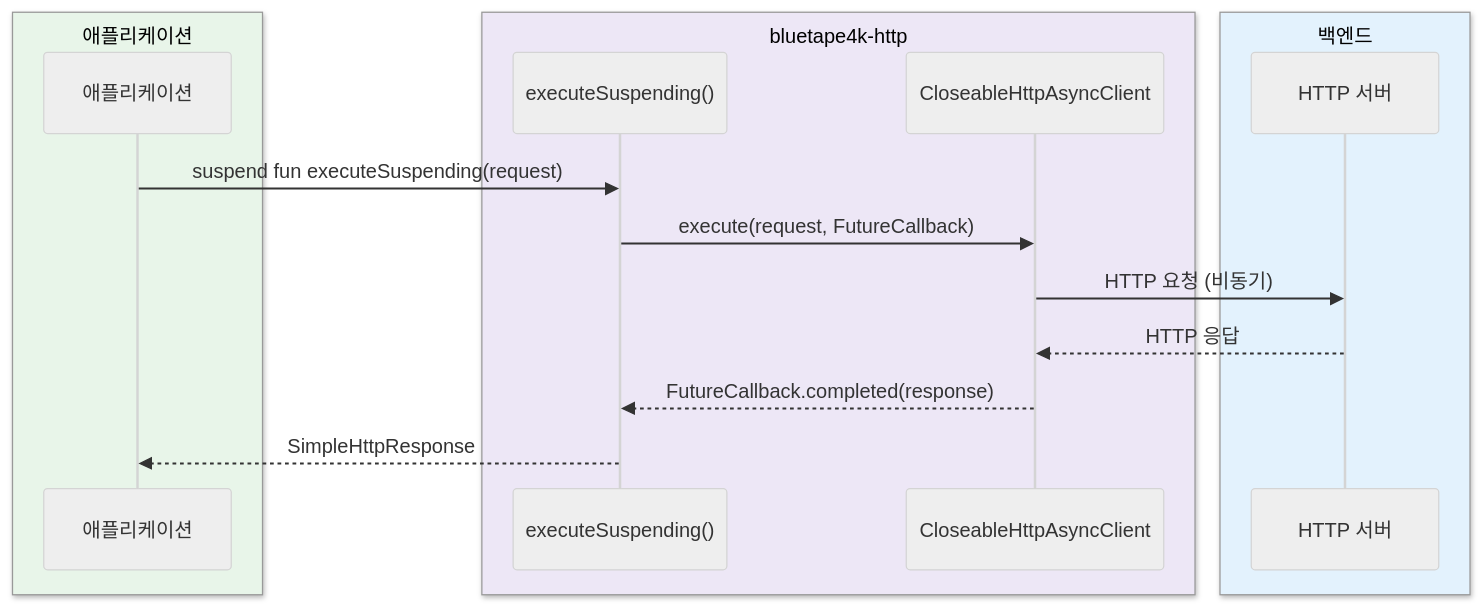
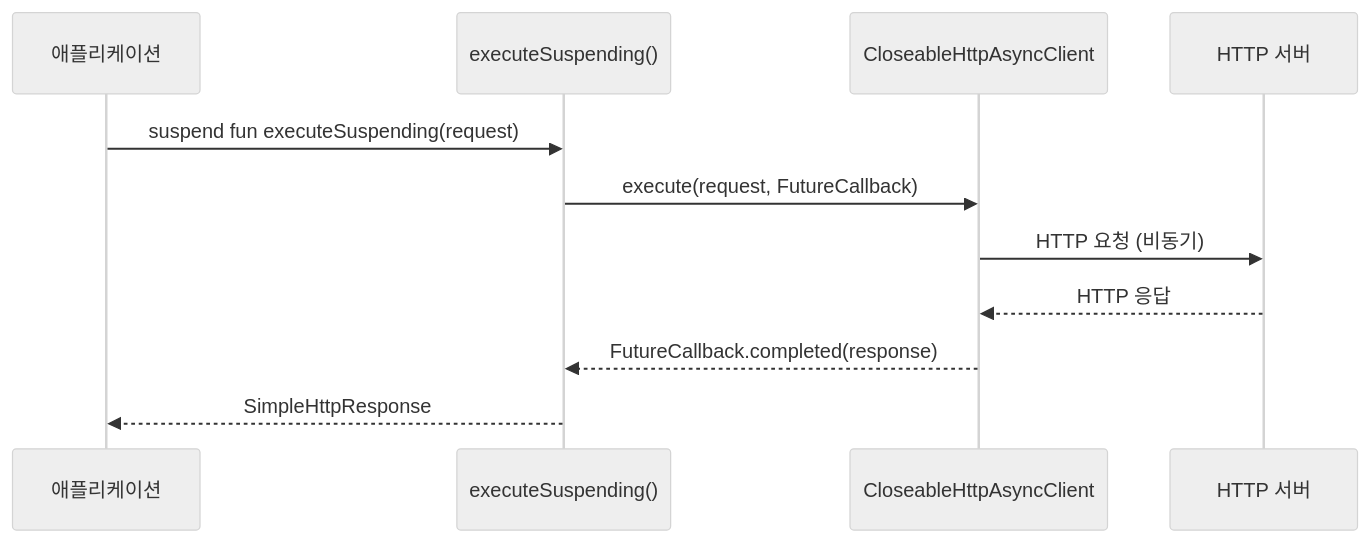
The fourth of 4 diagrams in io/http/README.ko.md (bluetape4k/bluetape4k-projects), drawn with Mermaid (neutral theme) before and after one commit. The commit also changed other lines of this file and 219 other files, not shown here.

First line of the commit message:
docs: 전체 README Mermaid 다이어그램 가이드 적용

````diff
--- a/io/http/README.ko.md
+++ b/io/http/README.ko.md
@@ -138,20 +138,14 @@
 ```mermaid
 sequenceDiagram
-    box rgb(232, 245, 233) 애플리케이션
         participant App as 애플리케이션
-    end
-    box rgb(237, 231, 246) bluetape4k-http
         participant Ext as executeSuspending()
         participant HC5 as CloseableHttpAsyncClient
-    end
-    box rgb(227, 242, 253) 백엔드
         participant Server as HTTP 서버
-    end
 
     App->>Ext: suspend fun executeSuspending(request)
     Ext->>HC5: execute(request, FutureCallback)
     HC5->>Server: HTTP 요청 (비동기)
     Server-->>HC5: HTTP 응답
     HC5-->>Ext: FutureCallback.completed(response)
     Ext-->>App: SimpleHttpResponse
 ```
````
